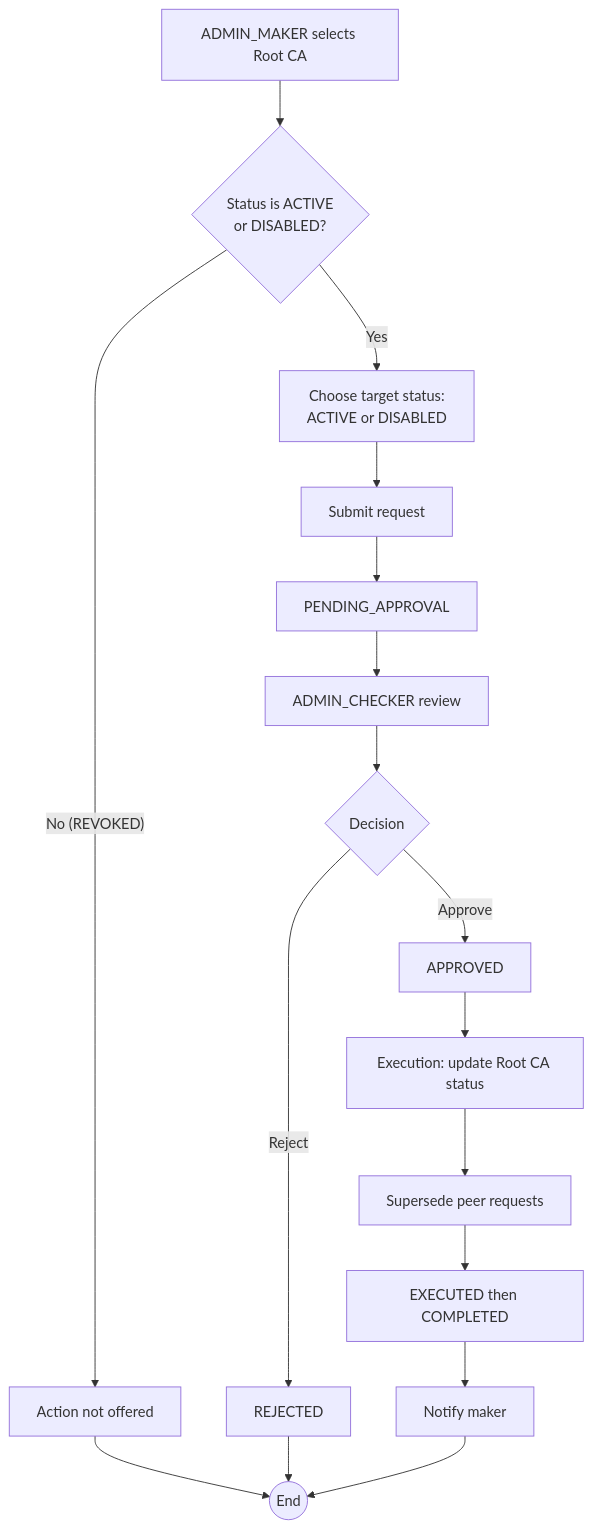
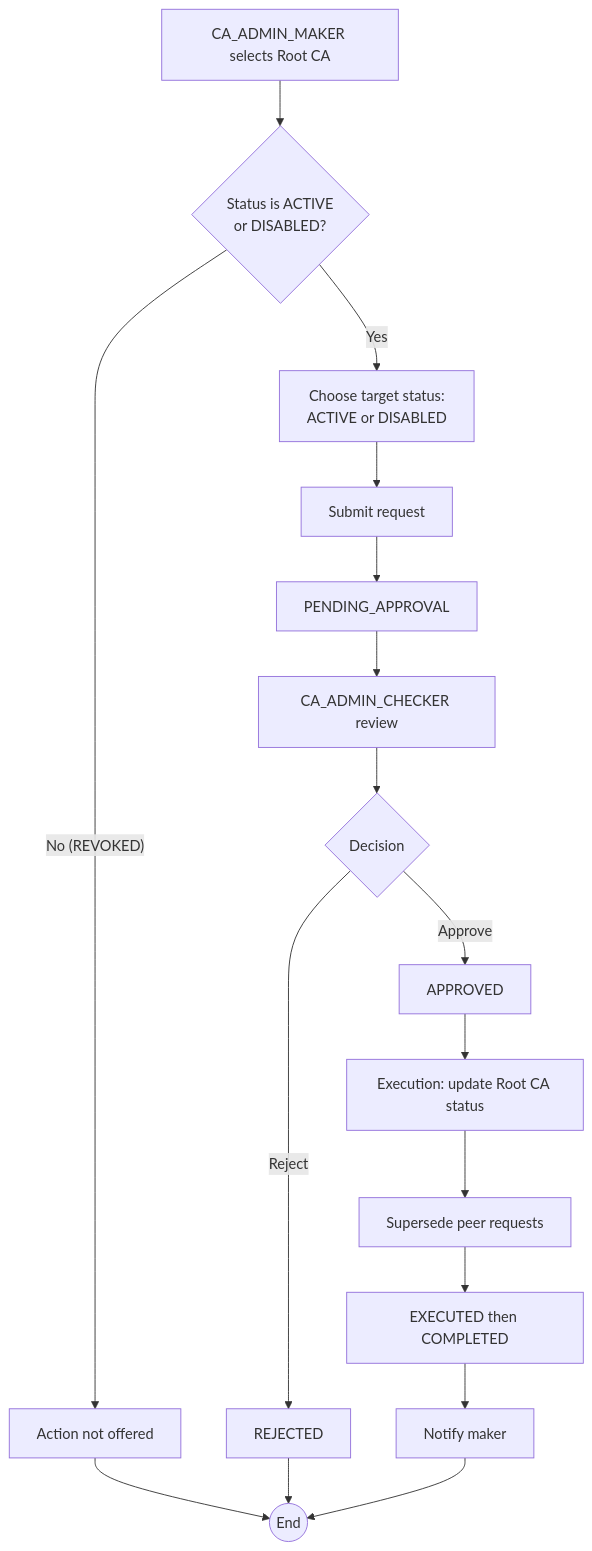
One commit to ruthvikchandravanam/Nexus-CA changed the diagram in Docs/1-Requirements/Workflows/WF-002-root-ca-enable-disable.md. Above: the diagram before and after it, drawn with Mermaid. The commit also changed other lines of this file and 33 other files, not shown here.

````diff
--- a/Docs/1-Requirements/Workflows/WF-002-root-ca-enable-disable.md
+++ b/Docs/1-Requirements/Workflows/WF-002-root-ca-enable-disable.md
@@ -21,17 +21,17 @@
 ```mermaid
 flowchart TD
-    A[ADMIN_MAKER selects Root CA] --> B{Status is ACTIVE<br/>or DISABLED?}
+    A[CA_ADMIN_MAKER selects Root CA] --> B{Status is ACTIVE<br/>or DISABLED?}
     B -- No (REVOKED) --> B1[Action not offered] --> Z((End))
     B -- Yes --> C[Choose target status:<br/>ACTIVE or DISABLED]
     C --> D[Submit request]
     D --> E[PENDING_APPROVAL]
-    E --> F[ADMIN_CHECKER review]
+    E --> F[CA_ADMIN_CHECKER review]
     F --> G{Decision}
     G -- Reject --> R[REJECTED] --> Z
     G -- Approve --> H[APPROVED]
     H --> I[Execution: update Root CA status]
     I --> J[Supersede peer requests]
     J --> K[EXECUTED then COMPLETED]
     K --> L[Notify maker]
     L --> Z
 ```
````
